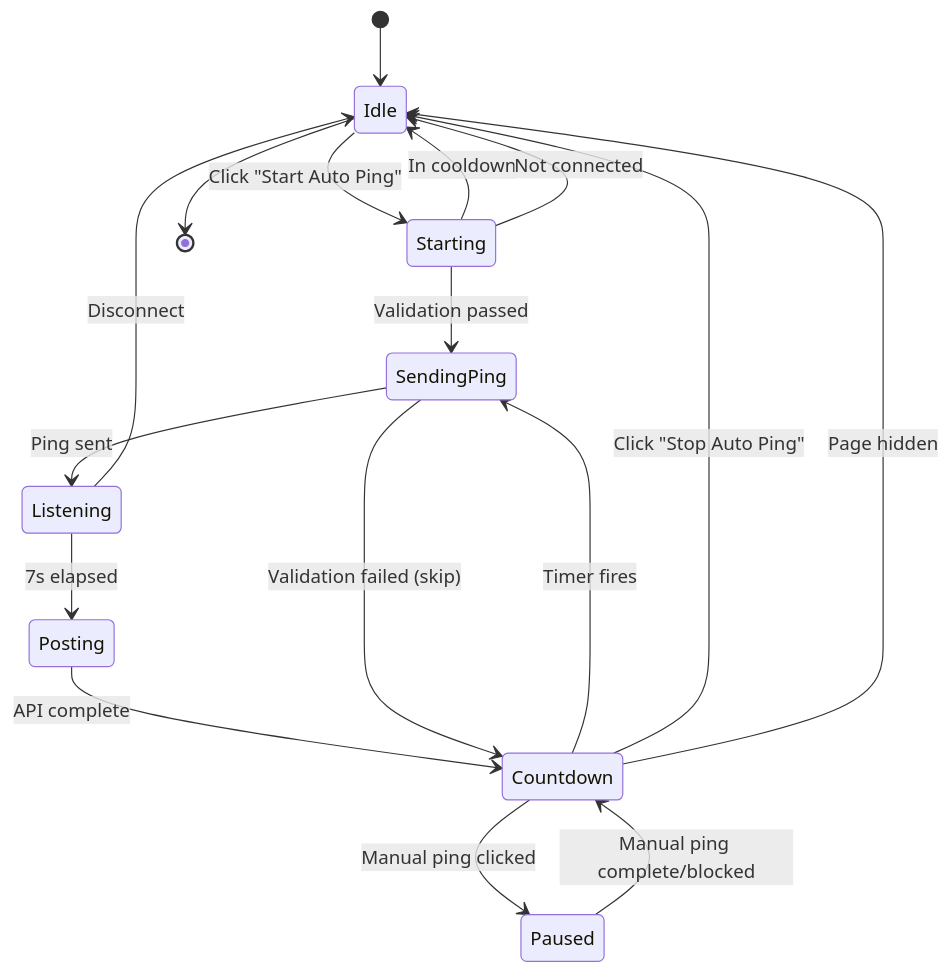
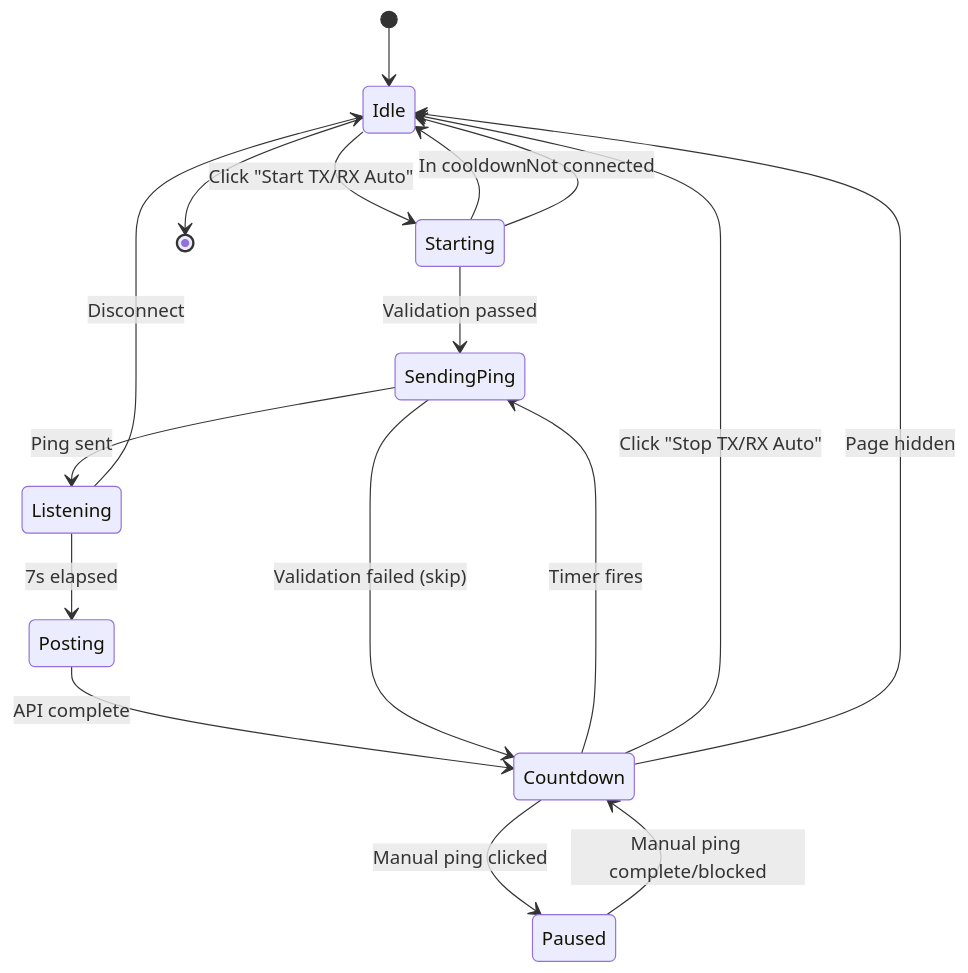
One commit to MeshMapper/MeshMapper_WebClient changed the second of 3 diagrams in docs/PING_WORKFLOW.md. Above: the diagram before and after it, drawn with Mermaid. The commit also changed other lines of this file and 4 other files, not shown here.

````diff
--- a/docs/PING_WORKFLOW.md
+++ b/docs/PING_WORKFLOW.md
@@ -436,25 +436,25 @@
 ```mermaid
 stateDiagram-v2
     [*] --> Idle
     
-    Idle --> Starting:  Click "Start Auto Ping"
+    Idle --> Starting:  Click "Start TX/RX Auto"
     Starting --> Idle: In cooldown
     Starting --> Idle: Not connected
     
     Starting --> SendingPing:  Validation passed
     SendingPing --> Listening:  Ping sent
     Listening --> Posting: 7s elapsed
     Posting --> Countdown: API complete
     
     SendingPing --> Countdown: Validation failed (skip)
     
     Countdown --> SendingPing: Timer fires
     Countdown --> Paused: Manual ping clicked
     Paused --> Countdown: Manual ping complete/blocked
     
-    Countdown --> Idle: Click "Stop Auto Ping"
+    Countdown --> Idle: Click "Stop TX/RX Auto"
     Countdown --> Idle: Page hidden
     Listening --> Idle:  Disconnect
     
     Idle --> [*]
 ```
````
